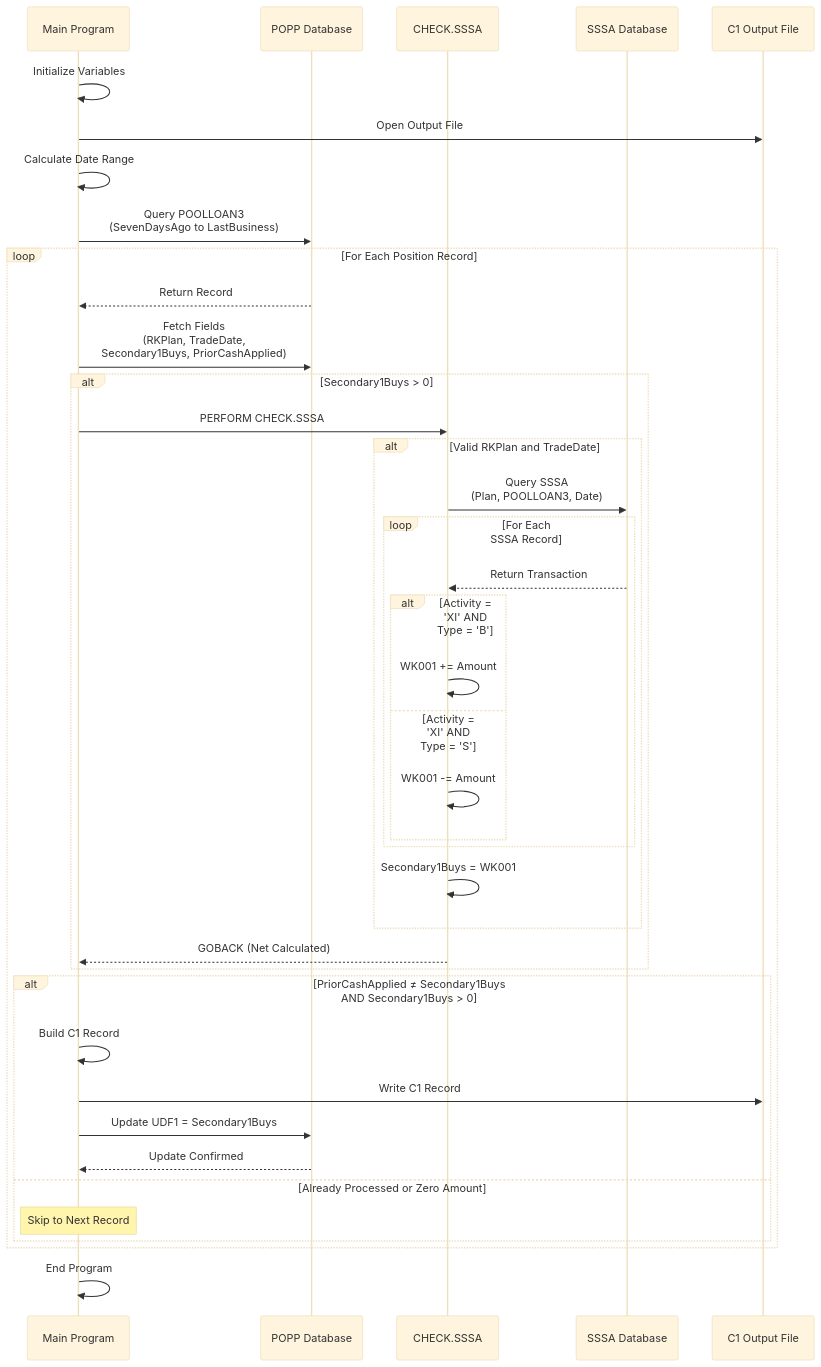
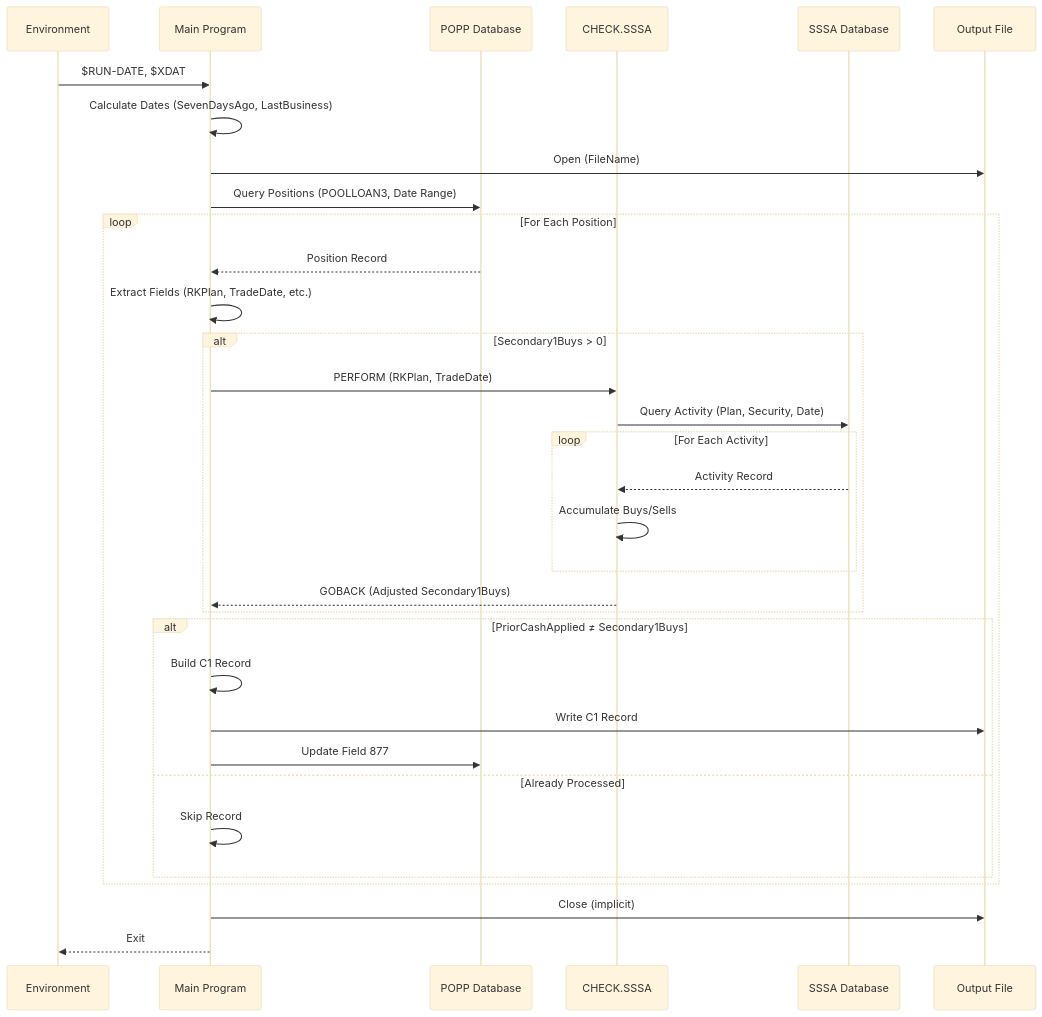
The fifth of 12 diagrams in omniscript-documentation/santized/GAP_NewLoanCash/GAP_NewLoanCash_DIAGRAMS.md (danismith-slalom1/bokf-poc), drawn with Mermaid (base theme) before and after one commit. The commit also changed other lines of this file and 12 other files, not shown here.

````diff
--- a/omniscript-documentation/santized/GAP_NewLoanCash/GAP_NewLoanCash_DIAGRAMS.md
+++ b/omniscript-documentation/santized/GAP_NewLoanCash/GAP_NewLoanCash_DIAGRAMS.md
@@ -97,52 +160,43 @@
 ```mermaid
 sequenceDiagram
+    participant Env as Environment
     participant Main as Main Program
     participant POPP as POPP Database
     participant CheckSSA as CHECK.SSSA
     participant SSSA as SSSA Database
-    participant File as C1 Output File
+    participant File as Output File
     
-    Main->>Main: Initialize Variables
-    Main->>File: Open Output File
-    Main->>Main: Calculate Date Range
+    Env->>Main: $RUN-DATE, $XDAT
+    Main->>Main: Calculate Dates (SevenDaysAgo, LastBusiness)
+    Main->>File: Open (FileName)
     
-    Main->>POPP: Query POOLLOAN3<br/>(SevenDaysAgo to LastBusiness)
+    Main->>POPP: Query Positions (POOLLOAN3, Date Range)
     
-    loop For Each Position Record
-        POPP-->>Main: Return Record
-        Main->>POPP: Fetch Fields<br/>(RKPlan, TradeDate,<br/>Secondary1Buys, PriorCashApplied)
+    loop For Each Position
+        POPP-->>Main: Position Record
+        Main->>Main: Extract Fields (RKPlan, TradeDate, etc.)
         
         alt Secondary1Buys > 0
-            Main->>CheckSSA: PERFORM CHECK.SSSA
+            Main->>CheckSSA: PERFORM (RKPlan, TradeDate)
+            CheckSSA->>SSSA: Query Activity (Plan, Security, Date)
             
-            alt Valid RKPlan and TradeDate
-                CheckSSA->>SSSA: Query SSSA<br/>(Plan, POOLLOAN3, Date)
-                
-                loop For Each SSSA Record
-                    SSSA-->>CheckSSA: Return Transaction
-                    
-                    alt Activity = 'XI' AND Type = 'B'
-                        CheckSSA->>CheckSSA: WK001 += Amount
-                    else Activity = 'XI' AND Type = 'S'
-                        CheckSSA->>CheckSSA: WK001 -= Amount
-                    end
-                end
-                
-                CheckSSA->>CheckSSA: Secondary1Buys = WK001
+            loop For Each Activity
+                SSSA-->>CheckSSA: Activity Record
+                CheckSSA->>CheckSSA: Accumulate Buys/Sells
             end
             
-            CheckSSA-->>Main: GOBACK (Net Calculated)
+            CheckSSA-->>Main: GOBACK (Adjusted Secondary1Buys)
         end
         
-        alt PriorCashApplied ≠ Secondary1Buys<br/>AND Secondary1Buys > 0
+        alt PriorCashApplied ≠ Secondary1Buys
             Main->>Main: Build C1 Record
             Main->>File: Write C1 Record
-            Main->>POPP: Update UDF1 = Secondary1Buys
-            POPP-->>Main: Update Confirmed
-        else Already Processed or Zero Amount
-            Note over Main: Skip to Next Record
+            Main->>POPP: Update Field 877
+        else Already Processed
+            Main->>Main: Skip Record
         end
     end
     
-    Main->>Main: End Program
+    Main->>File: Close (implicit)
+    Main-->>Env: Exit
 ```
````
